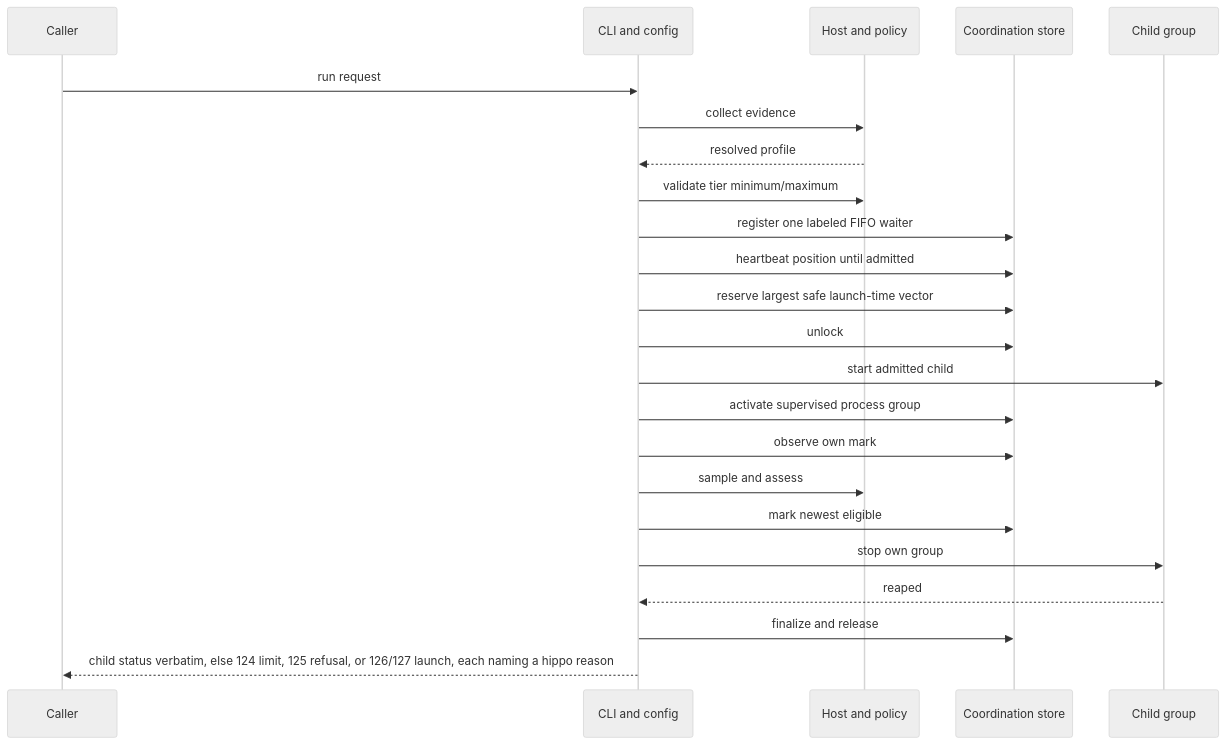
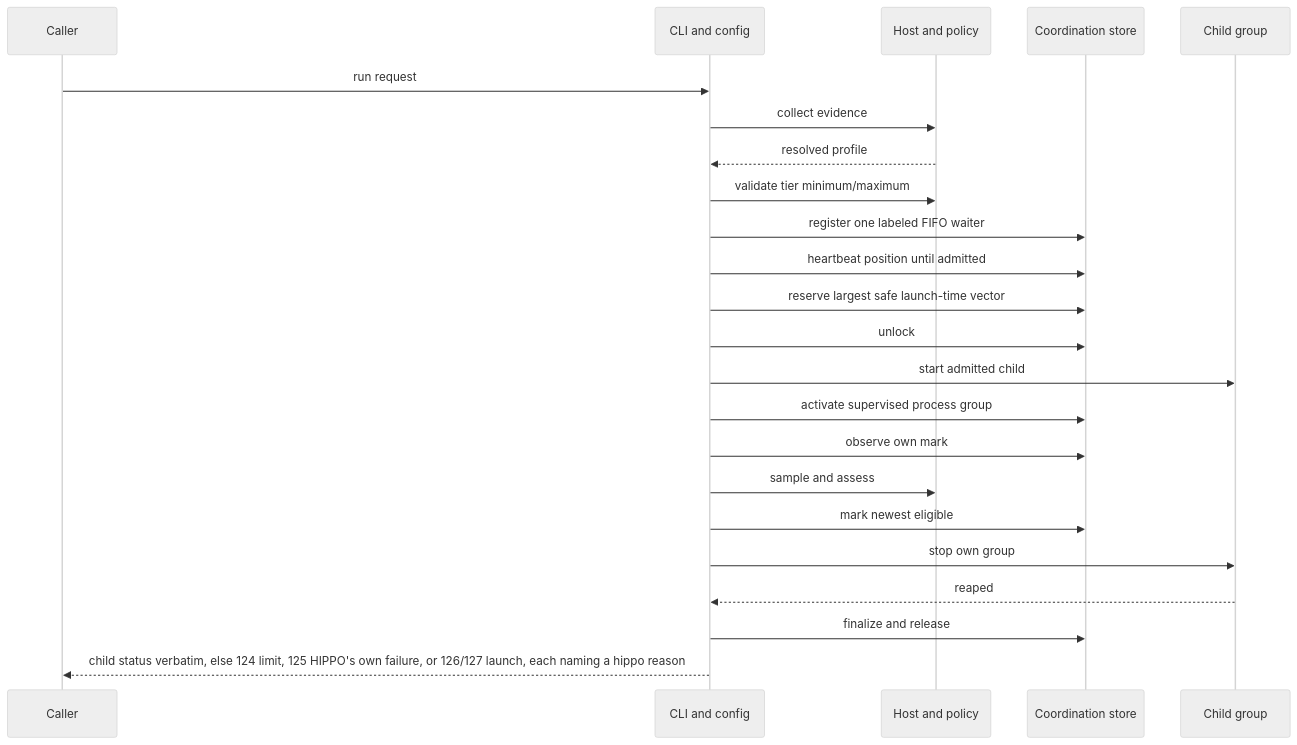
One commit to wahidyankf/hippo changed the fourth of 4 diagrams in specs/architecture.md. Above: the diagram before and after it, drawn with Mermaid (neutral theme). The commit also changed other lines of this file and 7 other files, not shown here.

````diff
--- a/specs/architecture.md
+++ b/specs/architecture.md
@@ -126,26 +126,26 @@
 ```mermaid
 sequenceDiagram
     participant Caller
     participant CLI as CLI and config
     participant Policy as Host and policy
     participant Store as Coordination store
     participant Child as Child group
 
     Caller->>CLI: run request
     CLI->>Policy: collect evidence
     Policy-->>CLI: resolved profile
     CLI->>Policy: validate tier minimum/maximum
     CLI->>Store: register one labeled FIFO waiter
     CLI->>Store: heartbeat position until admitted
     CLI->>Store: reserve largest safe launch-time vector
     CLI->>Store: unlock
     CLI->>Child: start admitted child
     CLI->>Store: activate supervised process group
     CLI->>Store: observe own mark
     CLI->>Policy: sample and assess
     CLI->>Store: mark newest eligible
     CLI->>Child: stop own group
     Child-->>CLI: reaped
     CLI->>Store: finalize and release
-    CLI-->>Caller: child status verbatim, else 124 limit, 125 refusal, or 126/127 launch, each naming a hippo reason
+    CLI-->>Caller: child status verbatim, else 124 limit, 125 HIPPO's own failure, or 126/127 launch, each naming a hippo reason
 ```
````
